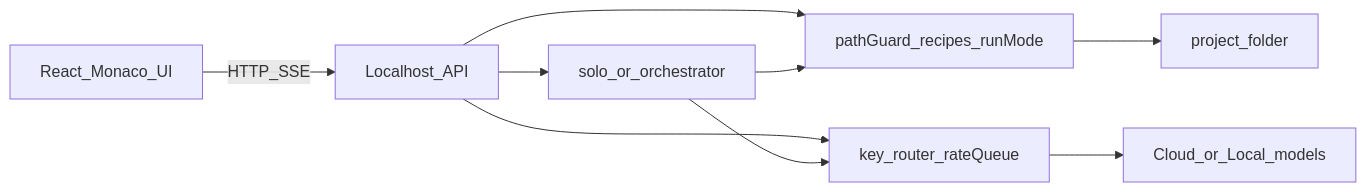
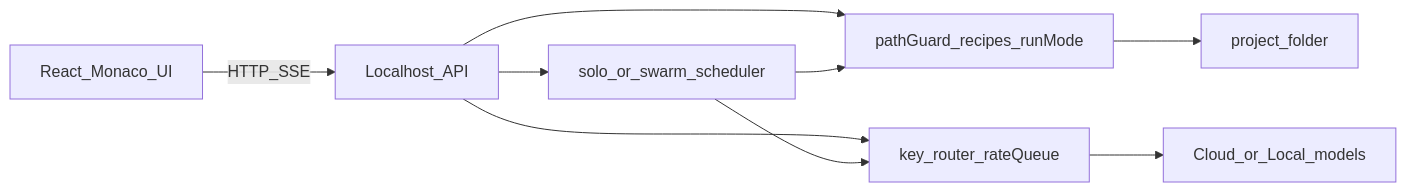
The diagram in docs/ARCHITECTURE.md (cdsw/celmbot), drawn with Mermaid before and after one commit. The commit also changed other lines of this file and 4 other files, not shown here.

````diff
--- a/docs/ARCHITECTURE.md
+++ b/docs/ARCHITECTURE.md
@@ -5,11 +5,11 @@
 ```mermaid
 flowchart LR
   UI[React_Monaco_UI] -->|HTTP_SSE| API[Localhost_API]
   API --> Jail[pathGuard_recipes_runMode]
   API --> Keys[key_router_rateQueue]
-  API --> Agent[solo_or_orchestrator]
+  API --> Agent[solo_or_swarm_scheduler]
   Jail --> FS[project_folder]
   Keys --> LLM[Cloud_or_Local_models]
   Agent --> Jail
   Agent --> Keys
 ```
````
